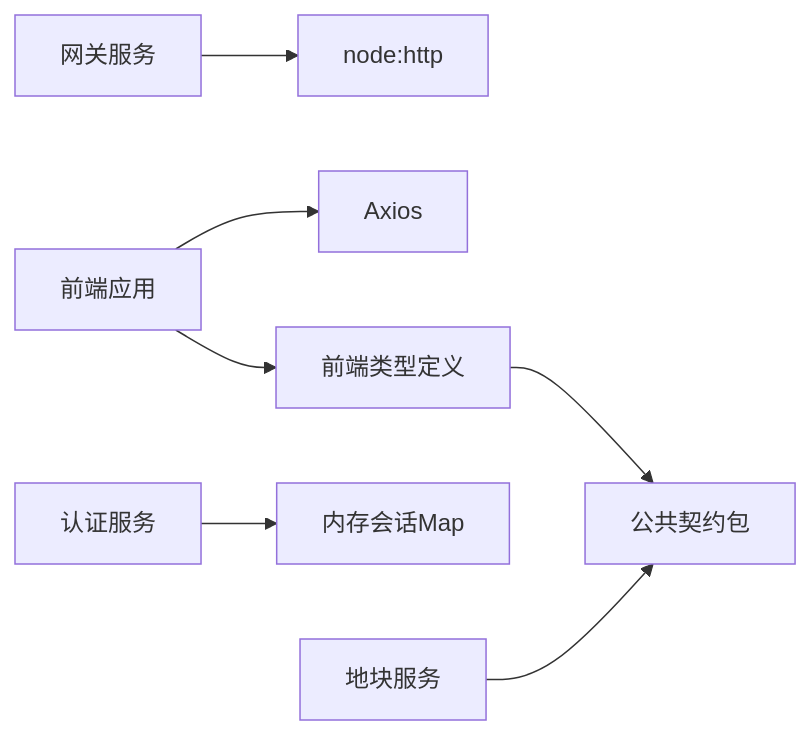
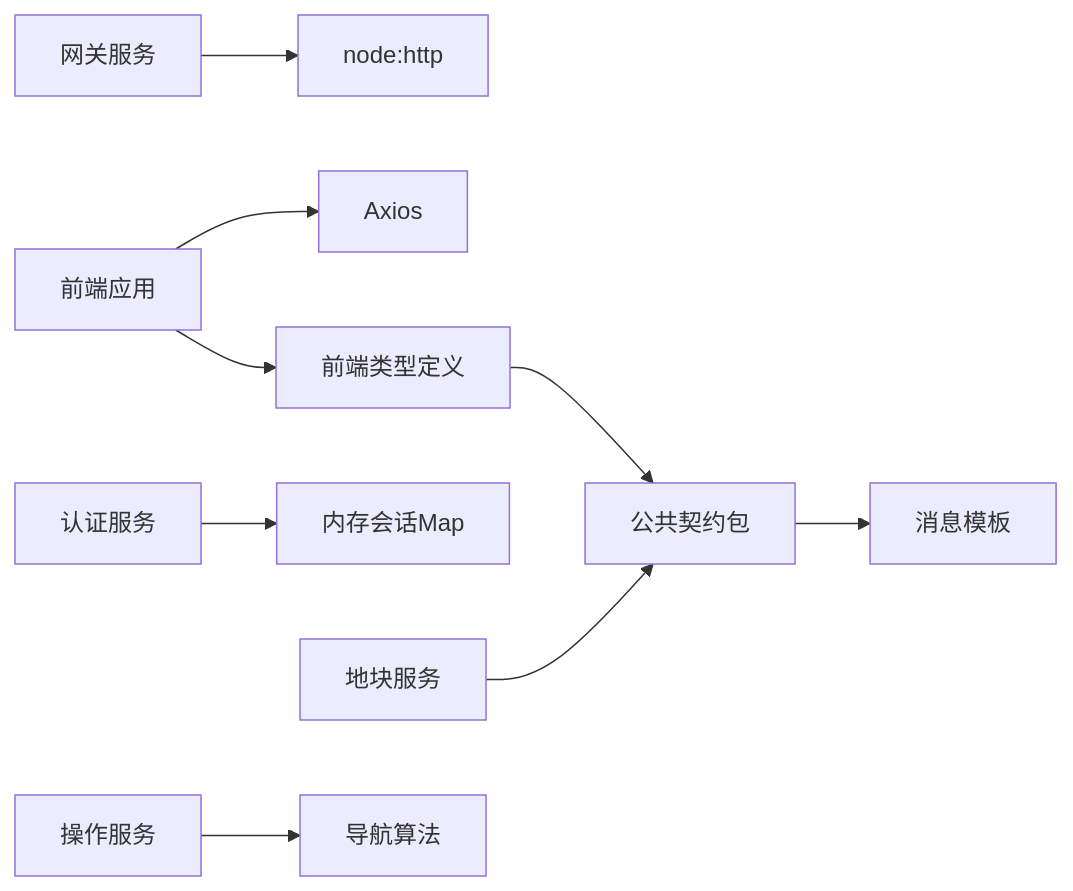
One commit to q446328246/agri-platform changed diagram 12 of 12 in .qoder/repowiki/zh/content/前端应用文档/API集成.md. Above: the diagram before and after it, drawn with Mermaid. The commit also changed other lines of this file and 68 other files, not shown here.

````diff
--- a/.qoder/repowiki/zh/content/前端应用文档/API集成.md
+++ b/.qoder/repowiki/zh/content/前端应用文档/API集成.md
@@ -298,9 +483,11 @@
 ```mermaid
 graph LR
 WEB["前端应用"] --> AXIOS["Axios"]
 WEB --> TYPES["前端类型定义"]
 GATEWAY["网关服务"] --> NODE_HTTP["node:http"]
 AUTH["认证服务"] --> MAP["内存会话Map"]
 PLOT["地块服务"] --> CONTRACTS["公共契约包"]
+OPERATION["操作服务"] --> NAVIGATION["导航算法"]
+CONTRACTS --> MESSAGES["消息模板"]
 TYPES --> CONTRACTS
 ```
````
